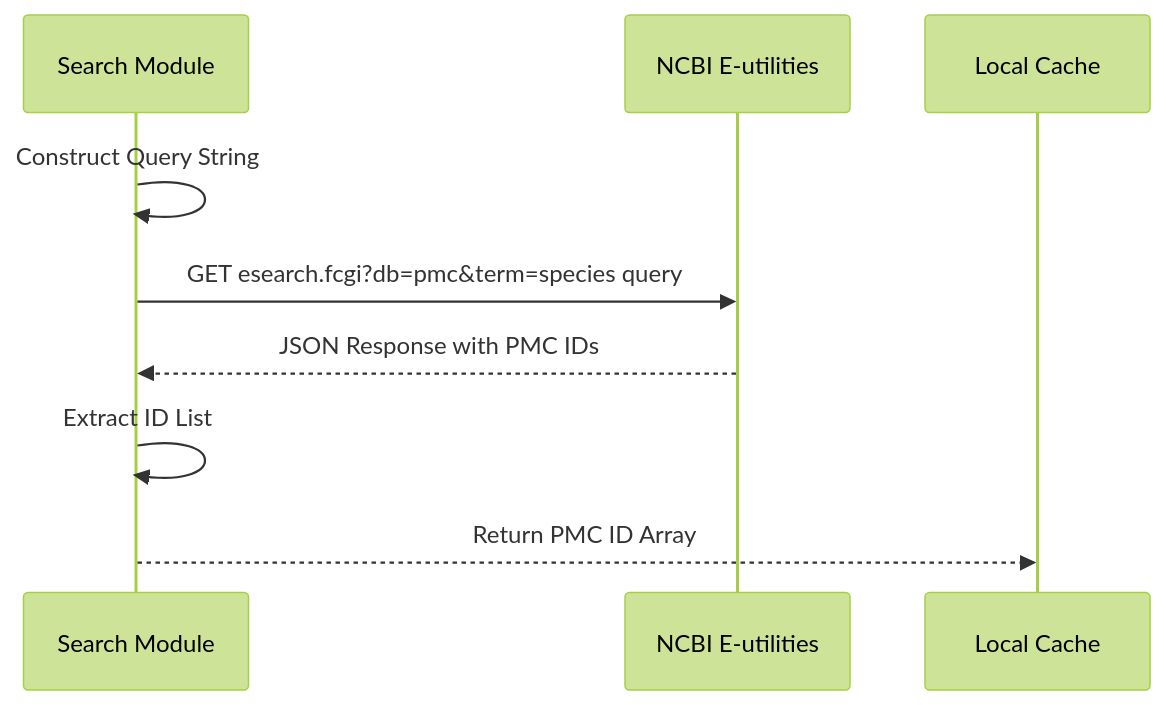
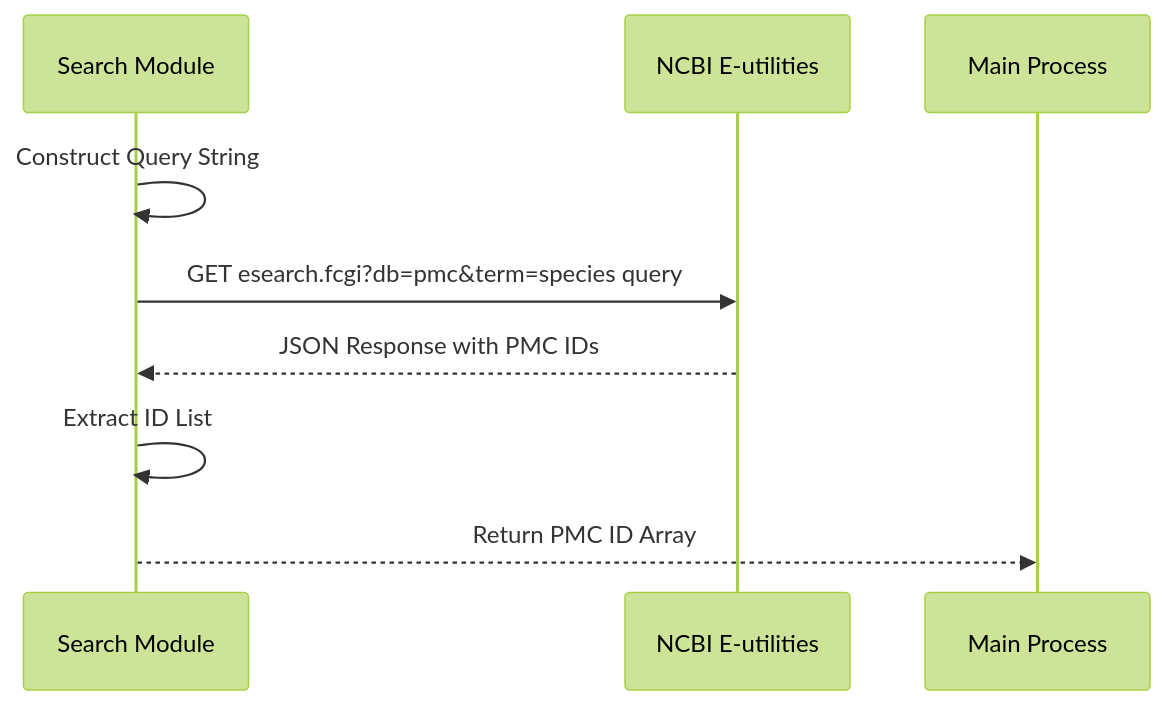
Before and after one commit to AlexJSully/Publication-Figure-Retrieval: the third of 10 diagrams in docs/architecture/index.md, drawn with Mermaid (forest theme). The commit also changed other lines of this file and 8 other files, not shown here.

````diff
--- a/docs/architecture/index.md
+++ b/docs/architecture/index.md
@@ -107,15 +107,15 @@
 ```mermaid
 sequenceDiagram
     accTitle: Search Module Request Sequence
-    accDescr: The search module constructs a query string of the species organism term limited by the open_access or author_manuscript filters, and sends a GET request to the NCBI esearch endpoint with the PMC database and that term. The API returns a JSON response containing PMC IDs. The module extracts the ID list and returns the PMC ID array to the caller.
+    accDescr: The search module constructs a species organism query with the open_access and author_manuscript filters, then sends a GET request to the NCBI esearch endpoint for the PMC database. The API returns a JSON response, and the module returns its ID list to the caller.
 
     participant SM as Search Module
     participant API as NCBI E-utilities
-    participant Cache as Local Cache
+    participant Main as Main Process
 
     SM->>SM: Construct Query String
     SM->>API: GET esearch.fcgi?db=pmc&term=species query
     API-->>SM: JSON Response with PMC IDs
     SM->>SM: Extract ID List
-    SM-->>Cache: Return PMC ID Array
+    SM-->>Main: Return PMC ID Array
 ```
````
